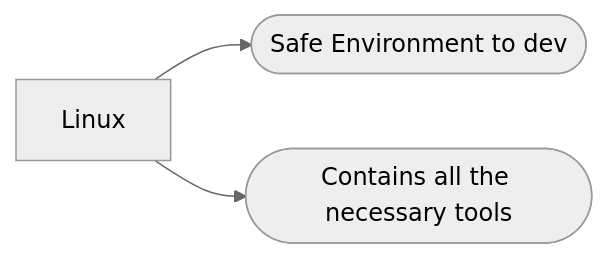
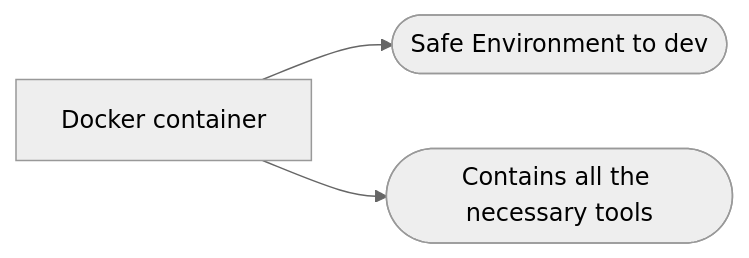
The diagram in README.md (jsjohn1951/wiValgrind), drawn with Mermaid (neutral theme) before and after one commit. The commit also changed other lines of this file and 1 other file, not shown here.

Commit message:
WIVALGRIND 	exposed ports 80 and 8080 to allow for 		web dev. 	Added descriptions to README.md

````diff
--- a/README.md
+++ b/README.md
@@ -10,5 +48,5 @@
 ```mermaid
 graph LR
-A[Linux] --> B([Safe Environment to dev])
+A[Docker container] --> B([Safe Environment to dev])
 A --> C([Contains all the necessary tools])
 ```
````
